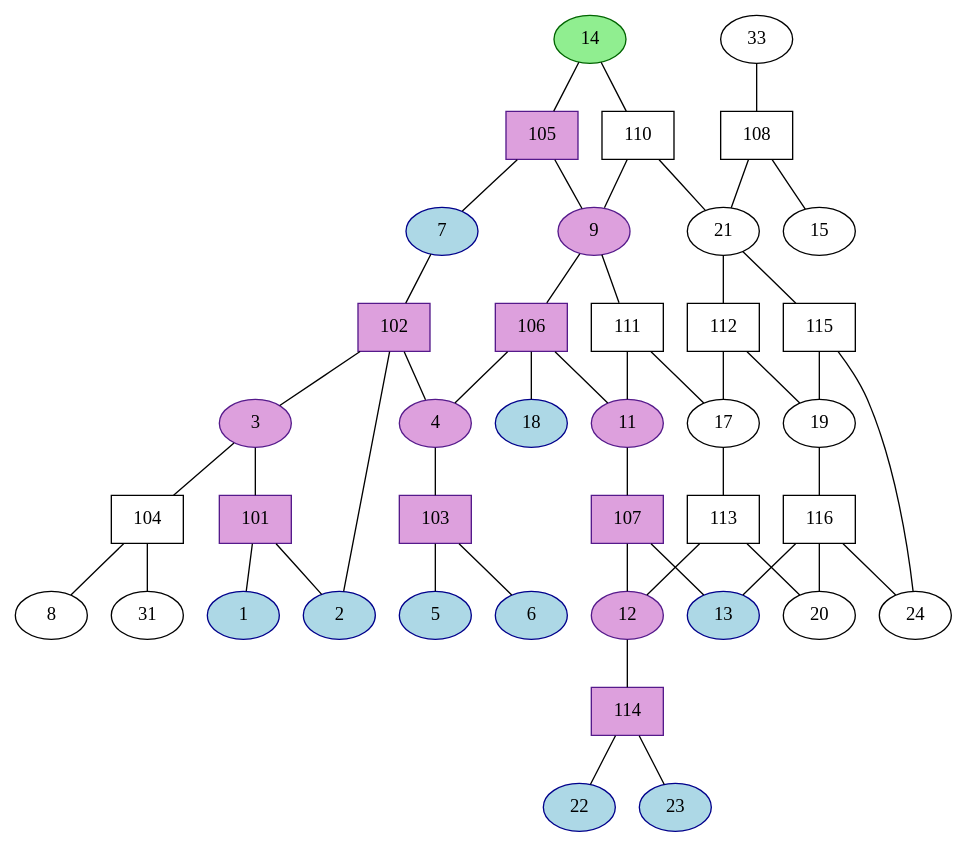
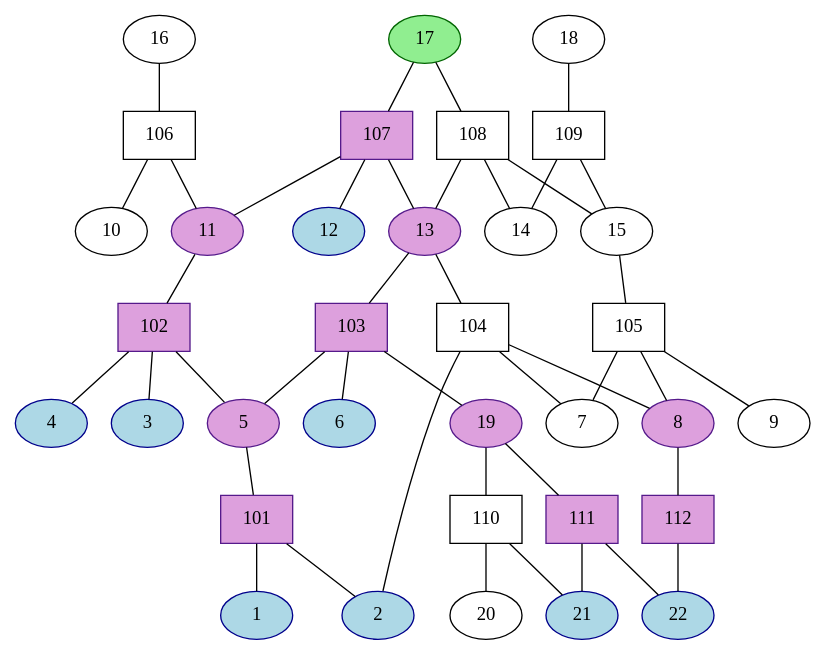
One commit to kovkir/bmstu-expert-systems changed the diagram in lab_02/docs/final_graph.gv. Above: the diagram before and after it, drawn with Graphviz. The commit also changed 7 other files, not shown here.

```diff
--- a/lab_02/docs/final_graph.gv
+++ b/lab_02/docs/final_graph.gv
@@ -1,90 +1,78 @@
 // lab_02_final_graph
 digraph {
 	101 [color=purple4 fillcolor=plum shape=rectangle style=filled]
-	3 -> 101 [arrowhead=none constraint=true]
+	5 -> 101 [arrowhead=none constraint=true]
 	101 -> 1 [arrowhead=none constraint=true]
 	101 -> 2 [arrowhead=none constraint=true]
 	102 [color=purple4 fillcolor=plum shape=rectangle style=filled]
-	7 -> 102 [arrowhead=none constraint=true]
+	11 -> 102 [arrowhead=none constraint=true]
 	102 -> 3 [arrowhead=none constraint=true]
-	102 -> 2 [arrowhead=none constraint=true]
 	102 -> 4 [arrowhead=none constraint=true]
+	102 -> 5 [arrowhead=none constraint=true]
 	103 [color=purple4 fillcolor=plum shape=rectangle style=filled]
-	4 -> 103 [arrowhead=none constraint=true]
+	13 -> 103 [arrowhead=none constraint=true]
 	103 -> 5 [arrowhead=none constraint=true]
 	103 -> 6 [arrowhead=none constraint=true]
+	103 -> 19 [arrowhead=none constraint=true]
 	104 [shape=rectangle]
-	3 -> 104 [arrowhead=none constraint=true]
+	13 -> 104 [arrowhead=none constraint=true]
+	104 -> 2 [arrowhead=none constraint=true]
+	104 -> 7 [arrowhead=none constraint=true]
 	104 -> 8 [arrowhead=none constraint=true]
-	104 -> 31 [arrowhead=none constraint=true]
-	105 [color=purple4 fillcolor=plum shape=rectangle style=filled]
-	14 -> 105 [arrowhead=none constraint=true]
+	105 [shape=rectangle]
+	15 -> 105 [arrowhead=none constraint=true]
 	105 -> 7 [arrowhead=none constraint=true]
+	105 -> 8 [arrowhead=none constraint=true]
 	105 -> 9 [arrowhead=none constraint=true]
-	106 [color=purple4 fillcolor=plum shape=rectangle style=filled]
-	9 -> 106 [arrowhead=none constraint=true]
-	106 -> 4 [arrowhead=none constraint=true]
-	106 -> 18 [arrowhead=none constraint=true]
+	106 [shape=rectangle]
+	16 -> 106 [arrowhead=none constraint=true]
+	106 -> 10 [arrowhead=none constraint=true]
 	106 -> 11 [arrowhead=none constraint=true]
 	107 [color=purple4 fillcolor=plum shape=rectangle style=filled]
-	11 -> 107 [arrowhead=none constraint=true]
+	17 -> 107 [arrowhead=none constraint=true]
+	107 -> 11 [arrowhead=none constraint=true]
 	107 -> 12 [arrowhead=none constraint=true]
 	107 -> 13 [arrowhead=none constraint=true]
 	108 [shape=rectangle]
-	33 -> 108 [arrowhead=none constraint=true]
-	108 -> 21 [arrowhead=none constraint=true]
+	17 -> 108 [arrowhead=none constraint=true]
+	108 -> 13 [arrowhead=none constraint=true]
+	108 -> 14 [arrowhead=none constraint=true]
 	108 -> 15 [arrowhead=none constraint=true]
+	109 [shape=rectangle]
+	18 -> 109 [arrowhead=none constraint=true]
+	109 -> 14 [arrowhead=none constraint=true]
+	109 -> 15 [arrowhead=none constraint=true]
 	110 [shape=rectangle]
-	14 -> 110 [arrowhead=none constraint=true]
-	110 -> 9 [arrowhead=none constraint=true]
+	19 -> 110 [arrowhead=none constraint=true]
+	110 -> 20 [arrowhead=none constraint=true]
 	110 -> 21 [arrowhead=none constraint=true]
-	111 [shape=rectangle]
-	9 -> 111 [arrowhead=none constraint=true]
-	111 -> 11 [arrowhead=none constraint=true]
-	111 -> 17 [arrowhead=none constraint=true]
-	112 [shape=rectangle]
-	21 -> 112 [arrowhead=none constraint=true]
-	112 -> 17 [arrowhead=none constraint=true]
-	112 -> 19 [arrowhead=none constraint=true]
-	113 [shape=rectangle]
-	17 -> 113 [arrowhead=none constraint=true]
-	113 -> 12 [arrowhead=none constraint=true]
-	113 -> 20 [arrowhead=none constraint=true]
-	114 [color=purple4 fillcolor=plum shape=rectangle style=filled]
-	12 -> 114 [arrowhead=none constraint=true]
-	114 -> 22 [arrowhead=none constraint=true]
-	114 -> 23 [arrowhead=none constraint=true]
-	115 [shape=rectangle]
-	21 -> 115 [arrowhead=none constraint=true]
-	115 -> 19 [arrowhead=none constraint=true]
-	115 -> 24 [arrowhead=none constraint=true]
-	116 [shape=rectangle]
-	19 -> 116 [arrowhead=none constraint=true]
-	116 -> 13 [arrowhead=none constraint=true]
-	116 -> 20 [arrowhead=none constraint=true]
-	116 -> 24 [arrowhead=none constraint=true]
-	3 [color=purple4 fillcolor=plum style=filled]
+	111 [color=purple4 fillcolor=plum shape=rectangle style=filled]
+	19 -> 111 [arrowhead=none constraint=true]
+	111 -> 21 [arrowhead=none constraint=true]
+	111 -> 22 [arrowhead=none constraint=true]
+	112 [color=purple4 fillcolor=plum shape=rectangle style=filled]
+	8 -> 112 [arrowhead=none constraint=true]
+	112 -> 22 [arrowhead=none constraint=true]
+	5 [color=purple4 fillcolor=plum style=filled]
 	1 [color=darkblue fillcolor=lightblue style=filled]
 	2 [color=darkblue fillcolor=lightblue style=filled]
-	7 [color=darkblue fillcolor=lightblue style=filled]
-	4 [color=purple4 fillcolor=plum style=filled]
-	5 [color=darkblue fillcolor=lightblue style=filled]
+	11 [color=purple4 fillcolor=plum style=filled]
+	3 [color=darkblue fillcolor=lightblue style=filled]
+	4 [color=darkblue fillcolor=lightblue style=filled]
+	13 [color=purple4 fillcolor=plum style=filled]
 	6 [color=darkblue fillcolor=lightblue style=filled]
-	8
-	31
-	14 [color=darkgreen fillcolor=lightgreen style=filled]
-	9 [color=purple4 fillcolor=plum style=filled]
-	18 [color=darkblue fillcolor=lightblue style=filled]
-	11 [color=purple4 fillcolor=plum style=filled]
-	12 [color=purple4 fillcolor=plum style=filled]
-	13 [color=darkblue fillcolor=lightblue style=filled]
-	33
-	21
+	19 [color=purple4 fillcolor=plum style=filled]
+	7
+	8 [color=purple4 fillcolor=plum style=filled]
 	15
-	17
-	19
+	9
+	16
+	10
+	17 [color=darkgreen fillcolor=lightgreen style=filled]
+	12 [color=darkblue fillcolor=lightblue style=filled]
+	14
+	18
 	20
+	21 [color=darkblue fillcolor=lightblue style=filled]
 	22 [color=darkblue fillcolor=lightblue style=filled]
-	23 [color=darkblue fillcolor=lightblue style=filled]
-	24
 }
```
